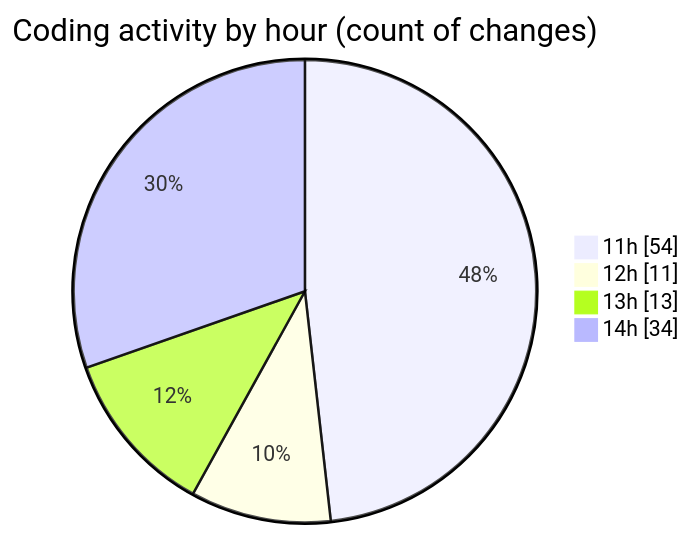
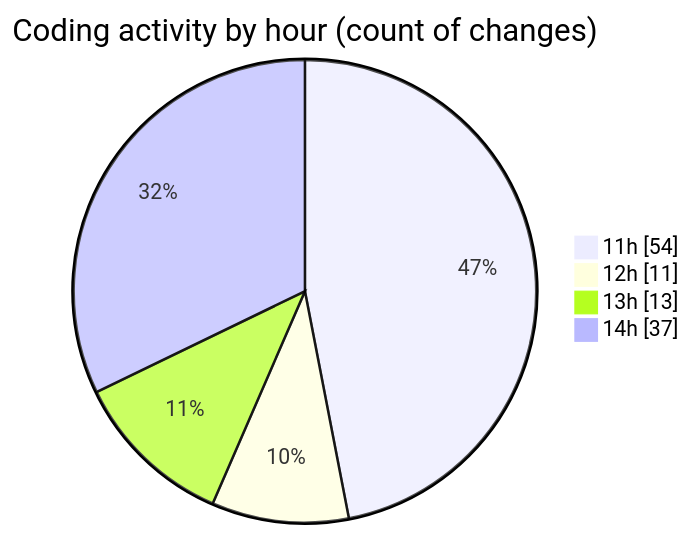
The second of 2 diagrams in 2025-03-17/audiobooks-web/README.md (robertbonfada/code-tracking), drawn with Mermaid before and after one commit. The commit also changed other lines of this file and 1 other file, not shown here.

````diff
--- a/2025-03-17/audiobooks-web/README.md
+++ b/2025-03-17/audiobooks-web/README.md
@@ -42,8 +42,8 @@
 ```mermaid
 pie showData
 title Coding activity by hour (count of changes)
 "11h" : 54
 "12h" : 11
 "13h" : 13
-"14h" : 34
+"14h" : 37
 ```
````
